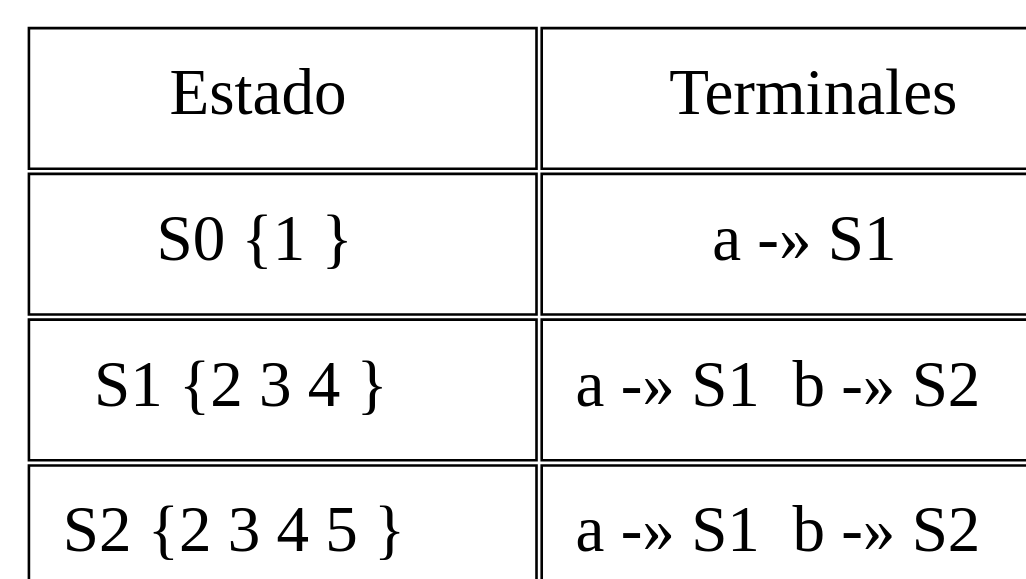
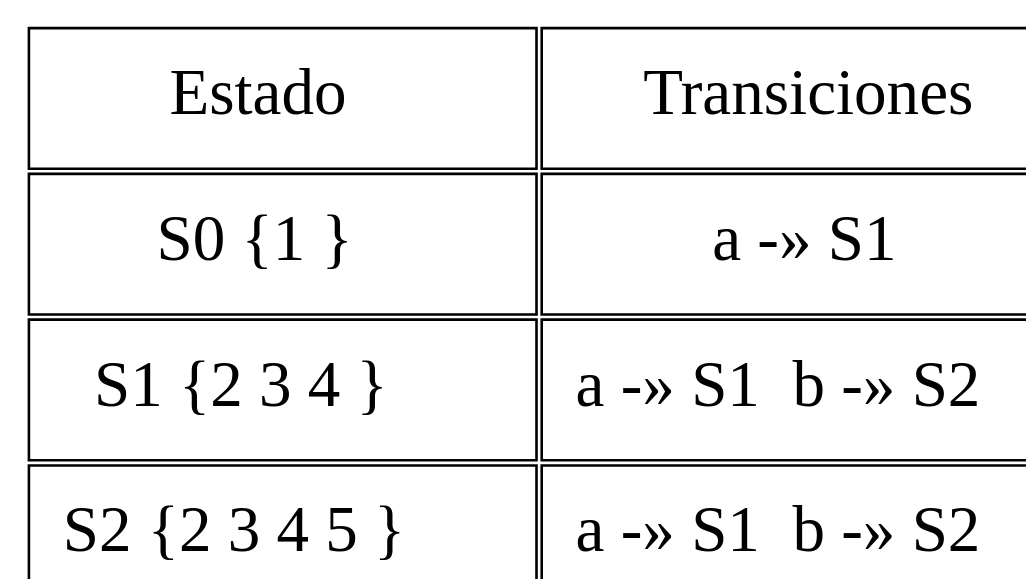
Before and after one commit to montherbasir/Practica1_OLC1: the diagram in trans_Expresion1.dot, drawn with Graphviz. The commit also changed 30 other files, not shown here.

```diff
--- a/trans_Expresion1.dot
+++ b/trans_Expresion1.dot
@@ -1,13 +1,13 @@
 digraph {
 splines="line";
 rankdir = TB;
 node [shape=plain, height=0.5, width=1.5, fontsize=25];
 graph[dpi=90];
 
 N [label=<
 <table border="0" cellborder="1" cellpadding="12">
-  <tr><td>Estado</td><td colspan="3">Terminales</td></tr>  <tr><td>S0 {1 }</td><td>a -» S1  </td></tr>
+  <tr><td>Estado</td><td colspan="3">Transiciones</td></tr>  <tr><td>S0 {1 }</td><td>a -» S1  </td></tr>
   <tr><td>S1 {2 3 4 }</td><td>a -» S1  b -» S2  </td></tr>
   <tr><td>S2 {2 3 4 5 }</td><td>a -» S1  b -» S2  </td></tr>
 </table>>];
 }
```
